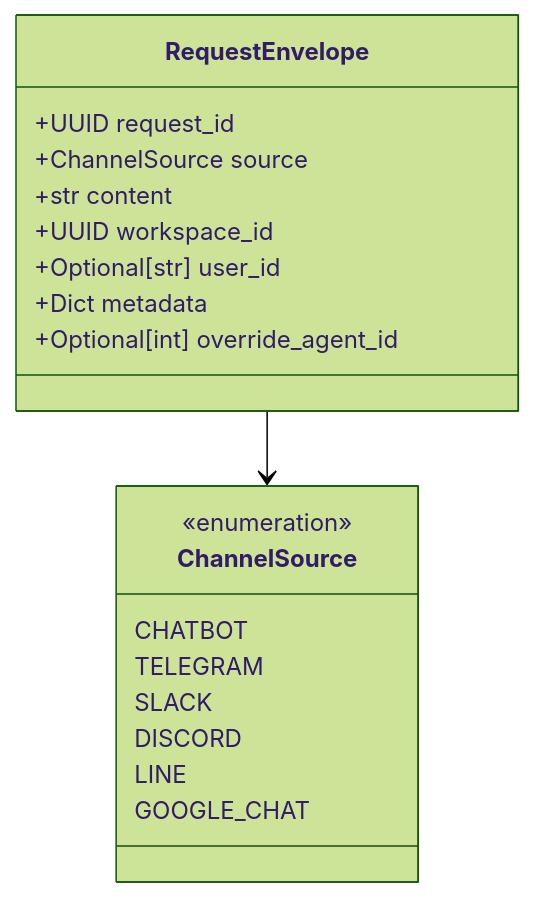
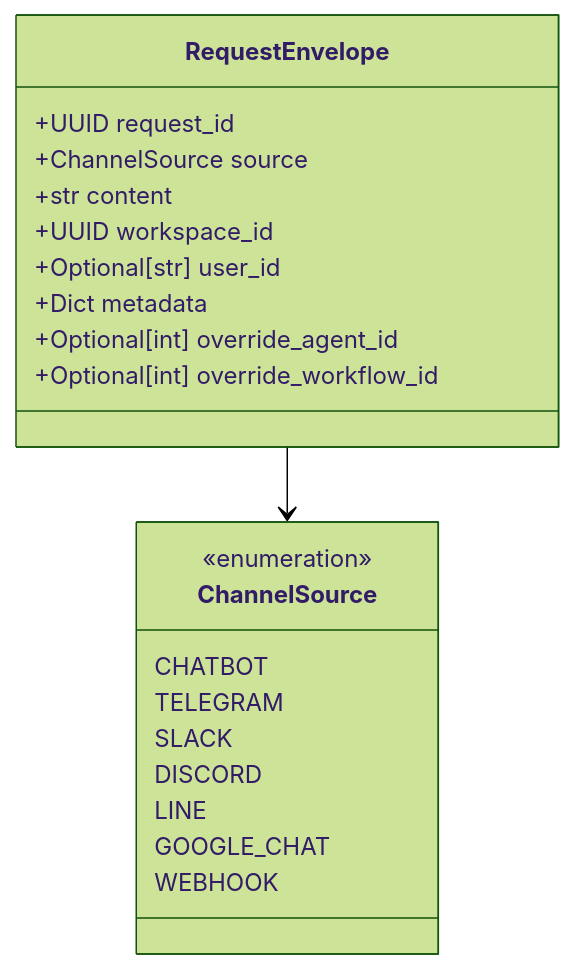
Before and after one commit to AutomatosAI/automatos-ai: the second of 3 diagrams in docs/channel-integrations/message-pipeline.md, drawn with Mermaid (forest theme). The commit also changed other lines of this file and 153 other files, not shown here.

````diff
--- a/docs/channel-integrations/message-pipeline.md
+++ b/docs/channel-integrations/message-pipeline.md
@@ -134,24 +109,26 @@
 ```mermaid
 classDiagram
     class RequestEnvelope {
         +UUID request_id
         +ChannelSource source
         +str content
         +UUID workspace_id
         +Optional[str] user_id
         +Dict metadata
         +Optional[int] override_agent_id
+        +Optional[int] override_workflow_id
     }
     
     class ChannelSource {
         <<enumeration>>
         CHATBOT
         TELEGRAM
         SLACK
         DISCORD
         LINE
         GOOGLE_CHAT
+        WEBHOOK
     }
     
     RequestEnvelope --> ChannelSource
 ```
````
